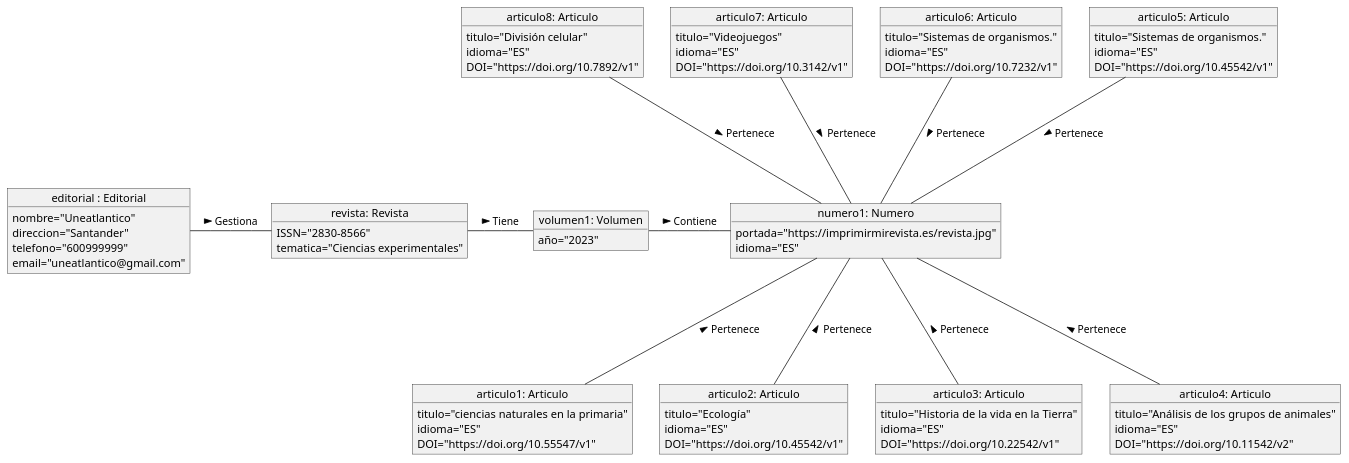
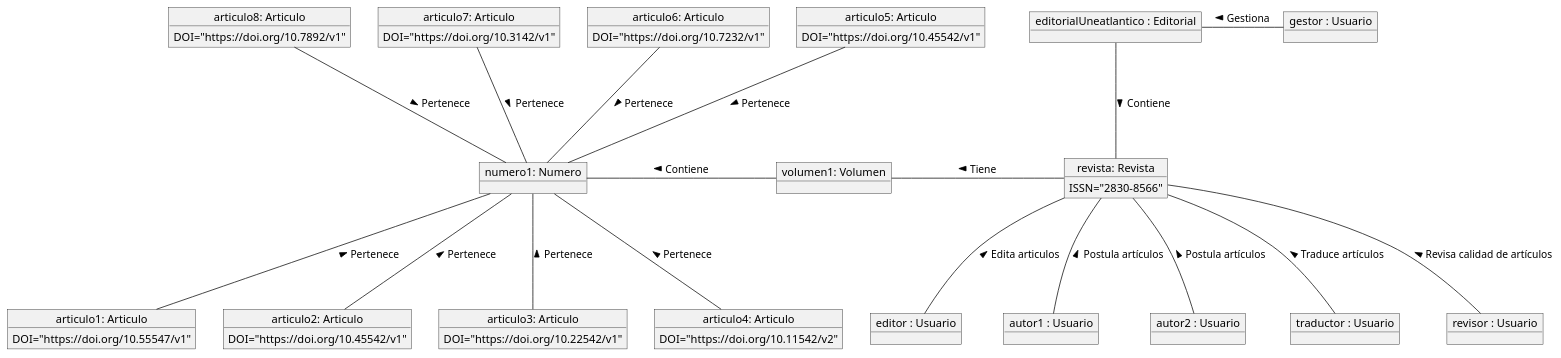
One commit to mmasias/IdSw1-22-23 changed the diagram in 000-entregas/Grupo4/objetosDelDominio/objetosDelDominio_EstadoIntermedio.puml. Above: the diagram before and after it, drawn with PlantUML. The commit also changed 2 other files, not shown here.

Commit message:
update diagrams

```diff
--- a/000-entregas/Grupo4/objetosDelDominio/objetosDelDominio_EstadoIntermedio.puml
+++ b/000-entregas/Grupo4/objetosDelDominio/objetosDelDominio_EstadoIntermedio.puml
@@ -1,79 +1,69 @@
-@startuml objetoDeDominio_EstadoIntermedio
+@startuml
+object "editorialUneatlantico : Editorial" as editorial
 
-object "editorial : Editorial" as editorial {
-nombre="Uneatlantico"
-direccion="Santander"
-telefono="600999999"
-email="uneatlantico@gmail.com"
-}
+object "autor1 : Usuario" as autor1
+object "autor2 : Usuario" as autor2
+
+object "gestor : Usuario" as gestor
+
+object "traductor : Usuario" as traductor
+
+object "revisor : Usuario" as revisor
+
+object "editor : Usuario" as editor
 
 object "revista: Revista" as revista {
 ISSN="2830-8566"
-tematica="Ciencias experimentales"
 }
 
-object "volumen1: Volumen" as volumen1 {
-año="2023"
-}
+object "volumen1: Volumen" as volumen1 
 
-object "numero1: Numero" as numero1 {
-portada="https://imprimirmirevista.es/revista.jpg"
-idioma="ES"
-}
+object "numero1: Numero" as numero1 
 
 
 object "articulo1: Articulo" as articulo1 {
-titulo="ciencias naturales en la primaria"
-idioma="ES"
 DOI="https://doi.org/10.55547/v1"
 }
 object "articulo2: Articulo" as articulo2 {
-titulo="Ecología"
-idioma="ES"
 DOI="https://doi.org/10.45542/v1"
 }
 object "articulo3: Articulo" as articulo3 {
-titulo="Historia de la vida en la Tierra"
-idioma="ES"
 DOI="https://doi.org/10.22542/v1"
 }
 object "articulo4: Articulo" as articulo4 {
-titulo="Análisis de los grupos de animales"
-idioma="ES"
 DOI="https://doi.org/10.11542/v2"
 }
 object "articulo5: Articulo" as articulo5 {
-titulo="Sistemas de organismos."
-idioma="ES"
 DOI="https://doi.org/10.45542/v1"
 }
 object "articulo6: Articulo" as articulo6 {
-titulo="Sistemas de organismos."
-idioma="ES"
 DOI="https://doi.org/10.7232/v1"
 }
 object "articulo7: Articulo" as articulo7 {
-titulo="Videojuegos"
-idioma="ES"
 DOI="https://doi.org/10.3142/v1"
 }
 object "articulo8: Articulo" as articulo8 {
-titulo="División celular"
-idioma="ES"
 DOI="https://doi.org/10.7892/v1"
 }
 
 
-editorial -r-- revista : "Gestiona >" 
-revista -r-- volumen1 : "> Tiene"
-volumen1 -r-- numero1 : "> Contiene"
+editorial -d-- revista : "Contiene >" 
+revista -l-- volumen1 : "> Tiene"
+volumen1 -l-- numero1 : "> Contiene"
 numero1 --- articulo1 : "< Pertenece "
 numero1 --- articulo2 : "< Pertenece "
 numero1 --- articulo3 : "< Pertenece "
 numero1 --- articulo4 : "< Pertenece "
 numero1 -u-- articulo5 : "< Pertenece "
 numero1 -u-- articulo6 : "< Pertenece "
 numero1 -u-- articulo7 : "< Pertenece "
 numero1 -u-- articulo8 : "< Pertenece "
 
+gestor -l-- editorial : "> Gestiona"
+editor -u-- revista : "> Edita articulos"
+autor1 -u-- revista : "> Postula artículos"
+autor2 -u-- revista : "> Postula artículos"
+traductor -u-- revista : "> Traduce artículos"
+revisor -u-- revista : "> Revisa calidad de artículos"
+
 @enduml
```
